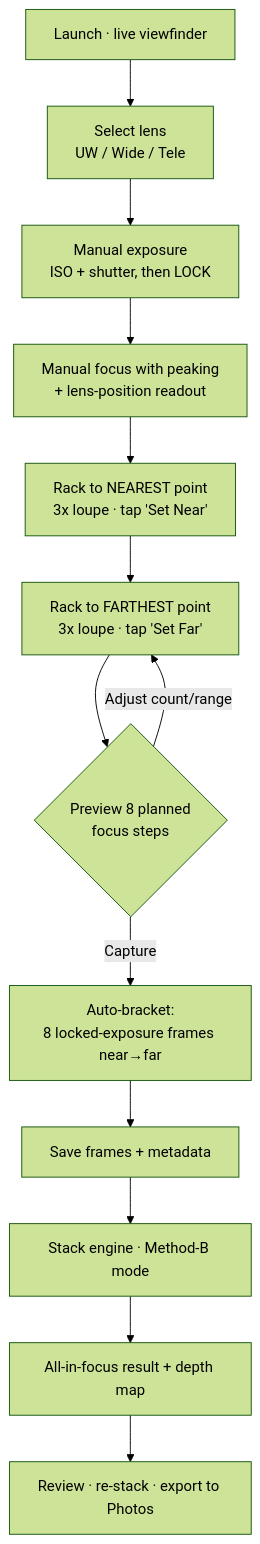
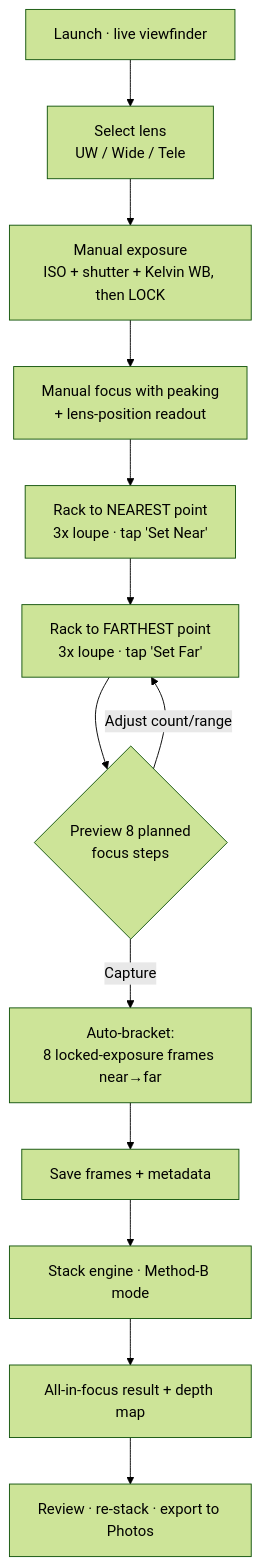
One commit to LAW210/filesremote changed the first of 2 diagrams in docs/focus-stack-ios/BLUEPRINT.md. Above: the diagram before and after it, drawn with Mermaid (forest theme). The commit also changed other lines of this file, not shown here.

First line of the commit message:
Blueprint: add manual Kelvin white balance as a first-class control

````diff
--- a/docs/focus-stack-ios/BLUEPRINT.md
+++ b/docs/focus-stack-ios/BLUEPRINT.md
@@ -85,15 +85,15 @@
 ```mermaid
 flowchart TD
     A[Launch · live viewfinder] --> B[Select lens<br/>UW / Wide / Tele]
-    B --> C[Manual exposure<br/>ISO + shutter, then LOCK]
+    B --> C[Manual exposure<br/>ISO + shutter + Kelvin WB, then LOCK]
     C --> D[Manual focus with peaking<br/>+ lens-position readout]
     D --> E[Rack to NEAREST point<br/>3x loupe · tap 'Set Near']
     E --> F[Rack to FARTHEST point<br/>3x loupe · tap 'Set Far']
     F --> G{Preview 8 planned<br/>focus steps}
     G -->|Adjust count/range| F
     G -->|Capture| H[Auto-bracket:<br/>8 locked-exposure frames near→far]
     H --> I[Save frames + metadata]
     I --> J[Stack engine · Method-B mode]
     J --> K[All-in-focus result + depth map]
     K --> L[Review · re-stack · export to Photos]
 ```
````
